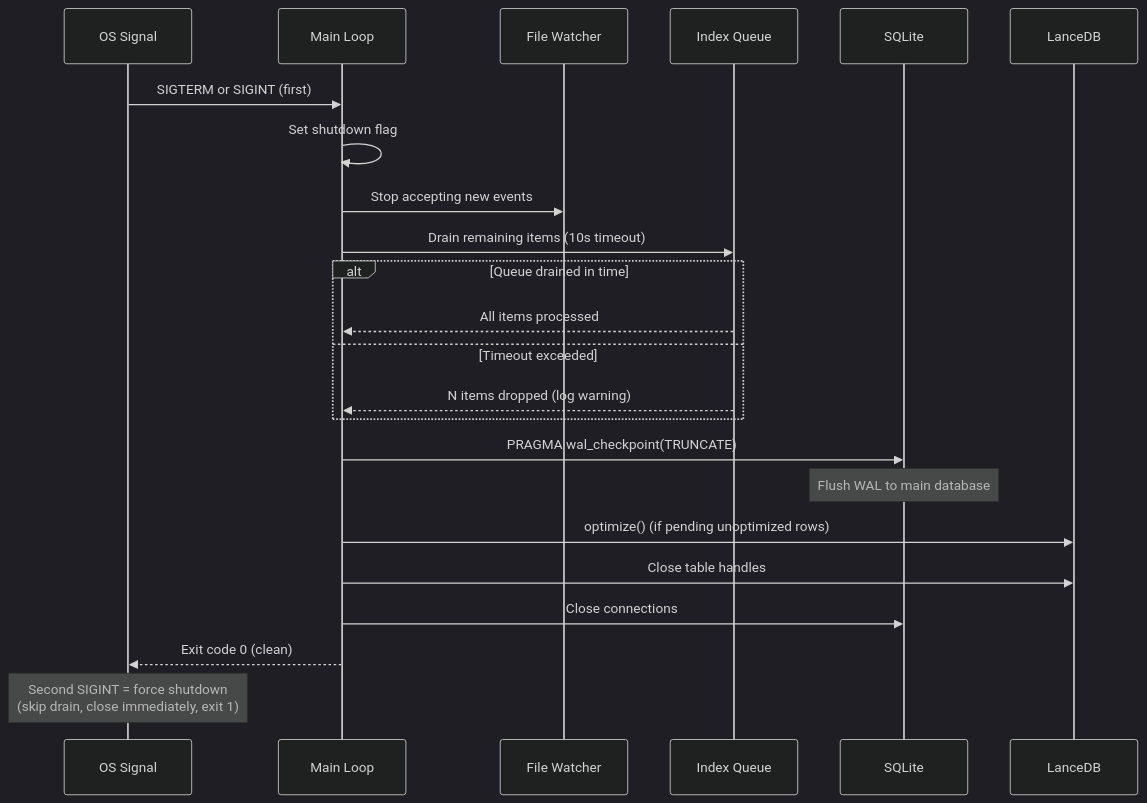
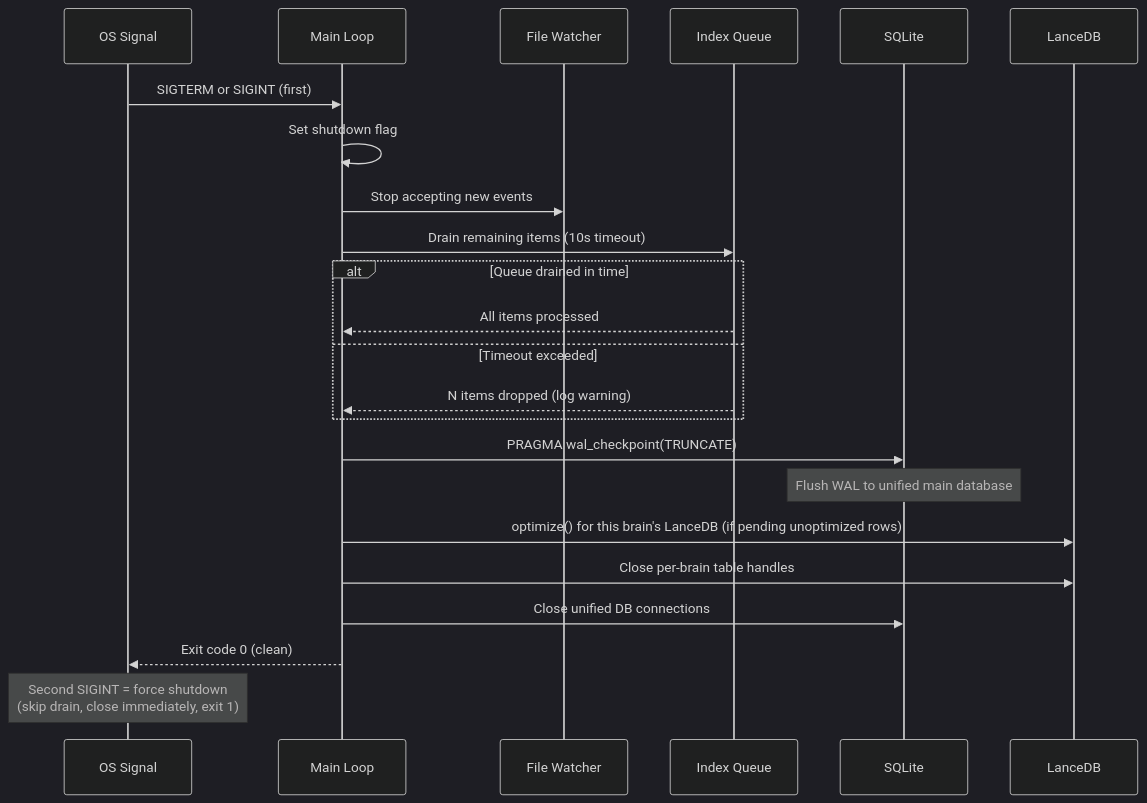
The seventh of 9 diagrams in docs/ARCHITECTURE.md (benediktms/brain), drawn with Mermaid (dark theme) before and after one commit. The commit also changed other lines of this file and 59 other files, not shown here.

````diff
--- a/docs/ARCHITECTURE.md
+++ b/docs/ARCHITECTURE.md
@@ -448,31 +451,31 @@
 ```mermaid
 sequenceDiagram
     participant Signal as OS Signal
     participant Main as Main Loop
     participant Watcher as File Watcher
     participant Queue as Index Queue
     participant DB as SQLite
     participant Vec as LanceDB
 
     Signal->>Main: SIGTERM or SIGINT (first)
     Main->>Main: Set shutdown flag
 
     Main->>Watcher: Stop accepting new events
     Main->>Queue: Drain remaining items (10s timeout)
 
     alt Queue drained in time
         Queue-->>Main: All items processed
     else Timeout exceeded
         Queue-->>Main: N items dropped (log warning)
     end
 
     Main->>DB: PRAGMA wal_checkpoint(TRUNCATE)
-    Note over DB: Flush WAL to main database
+    Note over DB: Flush WAL to unified main database
 
-    Main->>Vec: optimize() (if pending unoptimized rows)
-    Main->>Vec: Close table handles
-    Main->>DB: Close connections
+    Main->>Vec: optimize() for this brain's LanceDB (if pending unoptimized rows)
+    Main->>Vec: Close per-brain table handles
+    Main->>DB: Close unified DB connections
     Main-->>Signal: Exit code 0 (clean)
 
     Note over Signal: Second SIGINT = force shutdown<br/>(skip drain, close immediately, exit 1)
 ```
````
